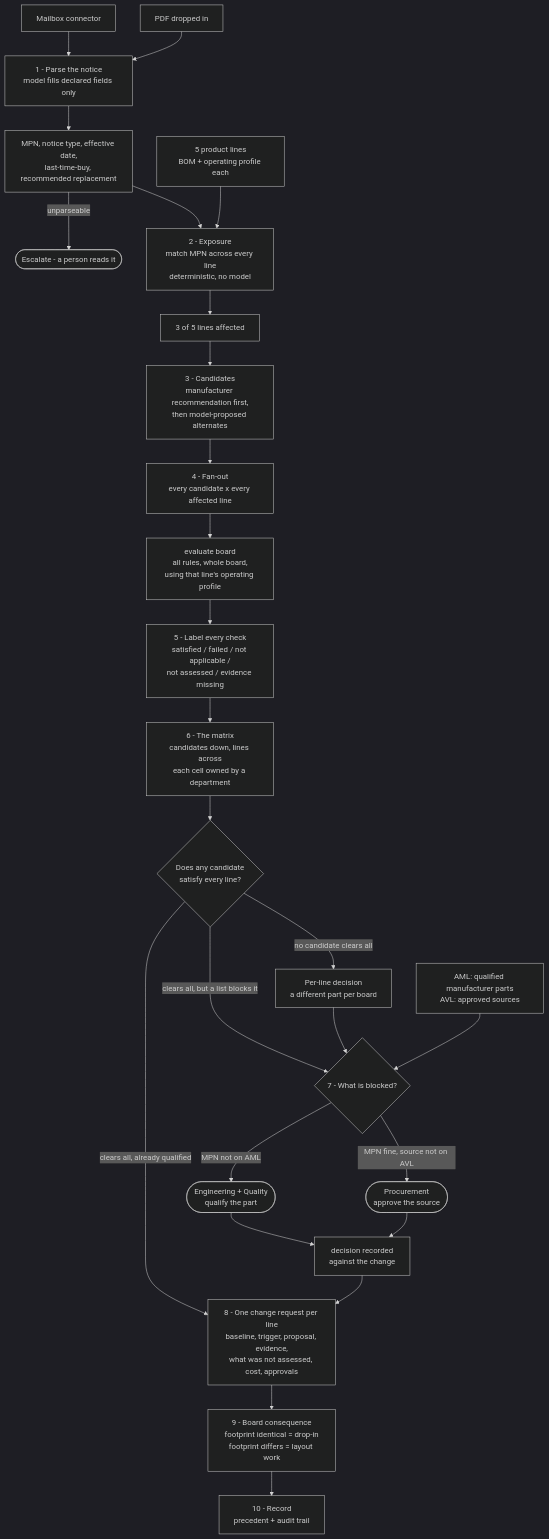
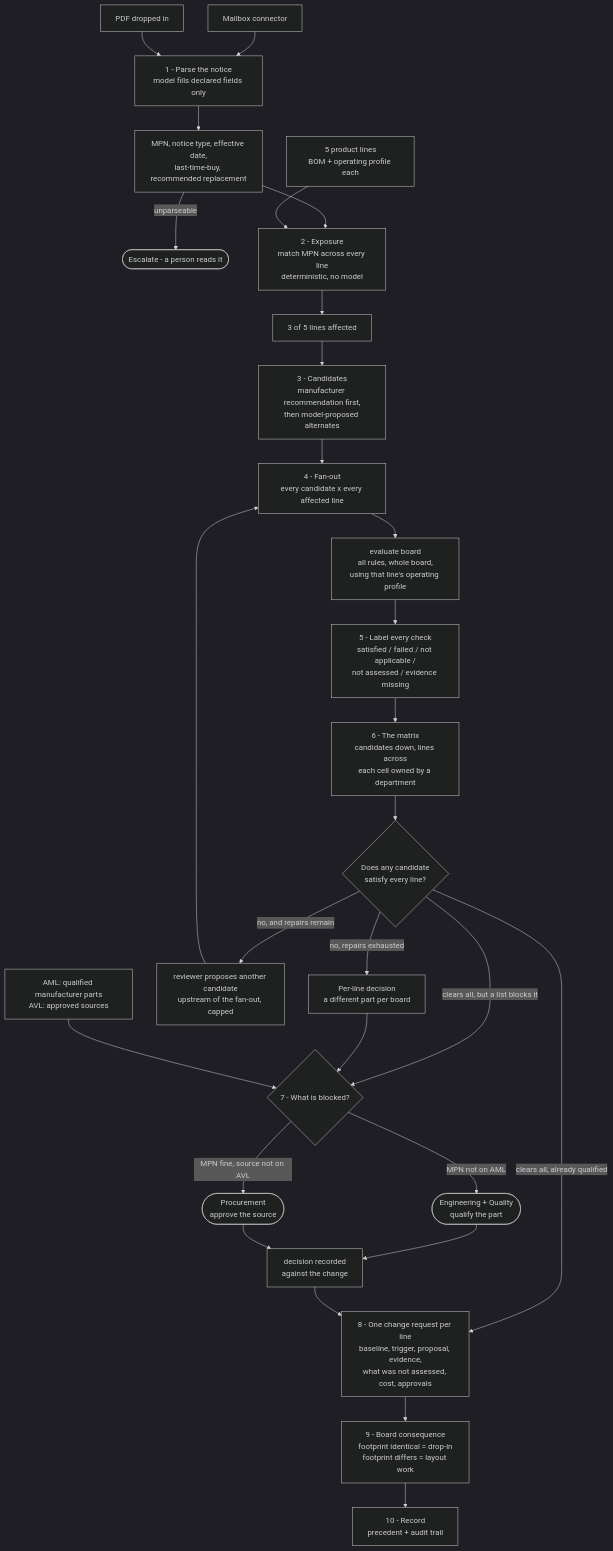
The diagram in docs/world-finals/SPEC.md (sparsh-555/continuity), drawn with Mermaid (dark theme) before and after one commit. The commit also changed 2 other files, not shown here.

Commit message:
docs: remove drift between the documents
Three problems a consistency pass found, one of which would have misled a fresh
session on its first read.

FLOW.md still carried its own ten-item build order, superseded by BUILD.md's
eighteen. Two competing sequences in two files is how someone follows the wrong one,
so it is now a pointer that says why the order changed — three dependencies force it:
the operating profile before any theta-JA claim, coverage semantics before anything
aggregates cells, and real authorisation before an approval gate is anything but a
label.

README.md is the natural entry point and mentioned neither SPEC nor BUILD. It now
opens with an index in reading order.

And the flow diagram showed candidates enumerated once, while the text said repair
sits upstream generating further rows. The diagram now carries that loop, capped,
with the exhausted branch reaching the per-line decision.

Claude-Session: https://claude.ai/code/session_01RgR7RZyNByH3mS3z82JZu8

````diff
--- a/docs/world-finals/SPEC.md
+++ b/docs/world-finals/SPEC.md
@@ -25,46 +25,48 @@
 ```mermaid
 flowchart TD
     PL[5 product lines<br/>BOM + operating profile each]
     LISTS[AML: qualified manufacturer parts<br/>AVL: approved sources]
 
     MAIL[Mailbox connector] --> PARSE
     DROP[PDF dropped in] --> PARSE
     PARSE[1 - Parse the notice<br/>model fills declared fields only]
 
     PARSE --> FIELDS[MPN, notice type, effective date,<br/>last-time-buy, recommended replacement]
     FIELDS -->|unparseable| HUMAN([Escalate - a person reads it])
 
     FIELDS --> EXPOSE[2 - Exposure<br/>match MPN across every line<br/>deterministic, no model]
     PL --> EXPOSE
     EXPOSE --> AFFECTED[3 of 5 lines affected]
 
     AFFECTED --> CAND[3 - Candidates<br/>manufacturer recommendation first,<br/>then model-proposed alternates]
 
     CAND --> FANOUT[4 - Fan-out<br/>every candidate x every affected line]
     FANOUT --> EVAL[evaluate board<br/>all rules, whole board,<br/>using that line's operating profile]
     EVAL --> LABEL[5 - Label every check<br/>satisfied / failed / not applicable /<br/>not assessed / evidence missing]
 
     LABEL --> MATRIX[6 - The matrix<br/>candidates down, lines across<br/>each cell owned by a department]
 
     MATRIX --> Q{Does any candidate<br/>satisfy every line?}
 
-    Q -->|no candidate clears all| PERLINE[Per-line decision<br/>a different part per board]
+    Q -->|no, and repairs remain| REPAIR[reviewer proposes another candidate<br/>upstream of the fan-out, capped]
+    Q -->|no, repairs exhausted| PERLINE[Per-line decision<br/>a different part per board]
     Q -->|clears all, but a list blocks it| GATE
     Q -->|clears all, already qualified| ECR
 
+    REPAIR --> FANOUT
     PERLINE --> GATE
 
     GATE{7 - What is blocked?}
     GATE -->|MPN not on AML| ENGQ([Engineering + Quality<br/>qualify the part])
     GATE -->|MPN fine, source not on AVL| PROC([Procurement<br/>approve the source])
     LISTS --> GATE
     ENGQ --> RESUME
     PROC --> RESUME
     RESUME[decision recorded<br/>against the change]
 
     RESUME --> ECR
     ECR[8 - One change request per line<br/>baseline, trigger, proposal, evidence,<br/>what was not assessed, cost, approvals]
 
     ECR --> BOARD[9 - Board consequence<br/>footprint identical = drop-in<br/>footprint differs = layout work]
     BOARD --> RECORD[10 - Record<br/>precedent + audit trail]
 ```
````
